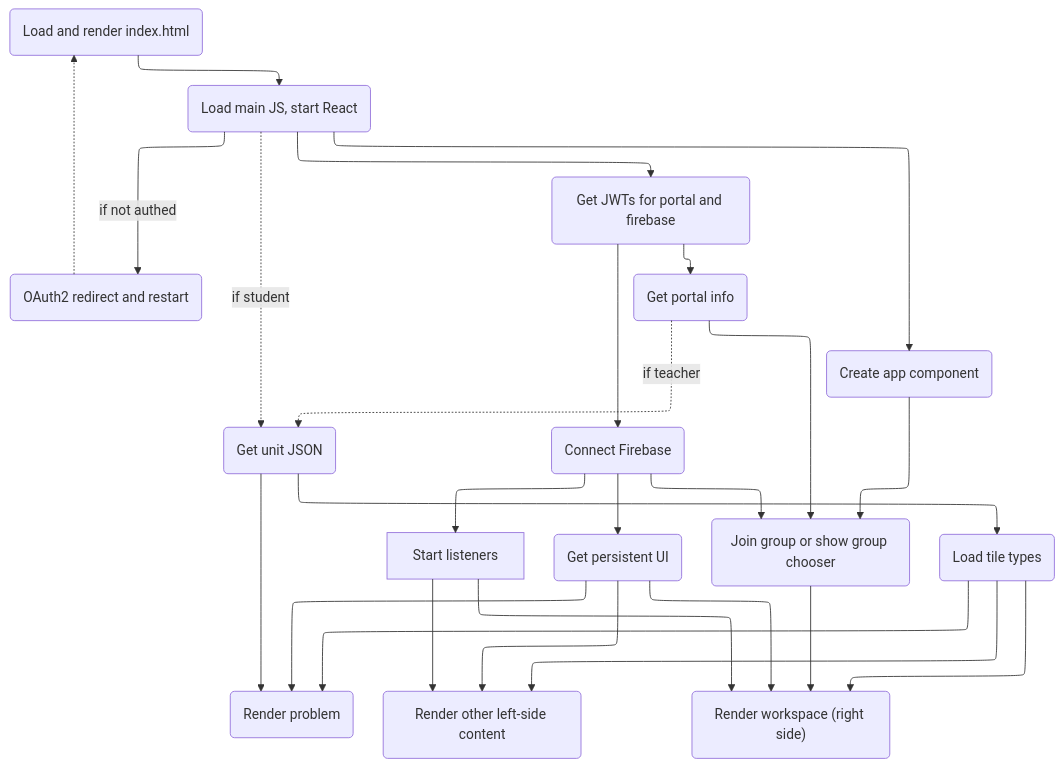
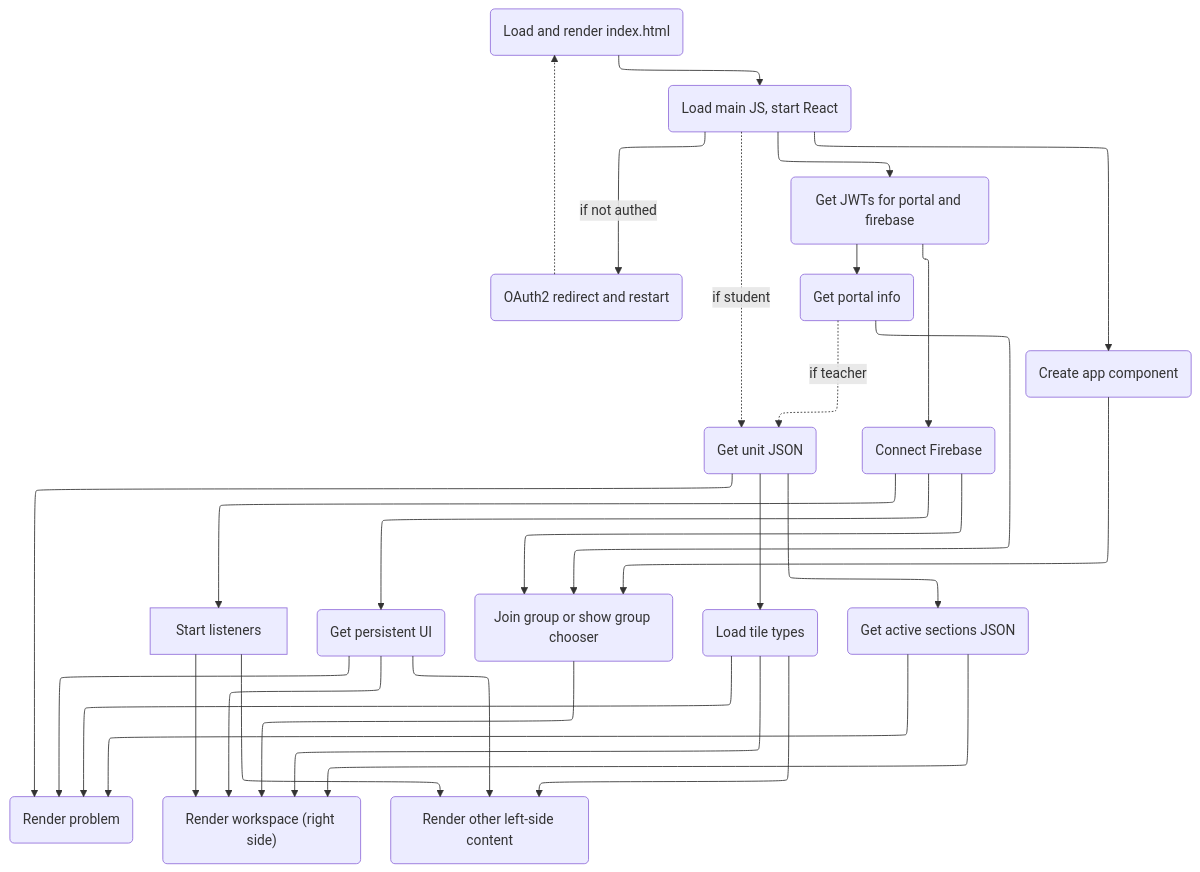
One commit to concord-consortium/collaborative-learning changed the diagram in docs/launch-sequence-abstract.md. Above: the diagram before and after it, drawn with Mermaid. The commit also changed other lines of this file and 2 other files, not shown here.

Commit message:
update launch sequence diagrams
Also update the launch sequence logging and status messages to differentiate between the unit and section loading.

````diff
--- a/docs/launch-sequence-abstract.md
+++ b/docs/launch-sequence-abstract.md
@@ -6,60 +6,65 @@
 ```mermaid
 flowchart TD
 %%{init: {"flowchart": {"defaultRenderer": "elk"}} }%%
 
   req(Load and render index.html)
   req --> load
 
   load(Load main JS, start React)
   load --> component
   load --> jwts
   load -- if not authed --> oauth
   load -. if student .-> unit
 
   oauth(OAuth2 redirect and restart)
   oauth -.-> req
 
   jwts(Get JWTs for portal and firebase)
   jwts --> portal
   jwts --> firebase
 
   firebase(Connect Firebase)
   firebase --> listeners
   firebase --> ui
   firebase --> group
 
   portal(Get portal info)
   portal -. if teacher .-> unit
   portal --> group
 
   unit(Get unit JSON)
   unit --> tiles
   unit --> problem
+  unit --> sections
+
+  sections(Get active sections JSON)
+  sections --> problem
+  sections --> work
 
   component(Create app component)
   component --> group
 
   listeners[Start listeners]
   listeners --> tabs
   listeners --> work
 
   group(Join group or show group chooser)
   group ---> work
 
   tiles(Load tile types)
   tiles --> problem
   tiles --> work
   tiles --> tabs
 
   ui(Get persistent UI)
   ui --> problem
   ui --> tabs
   ui --> work
 
   problem(Render problem)
 
   tabs(Render other left-side content)
 
   work("Render workspace (right side)")
 
 ```
````
